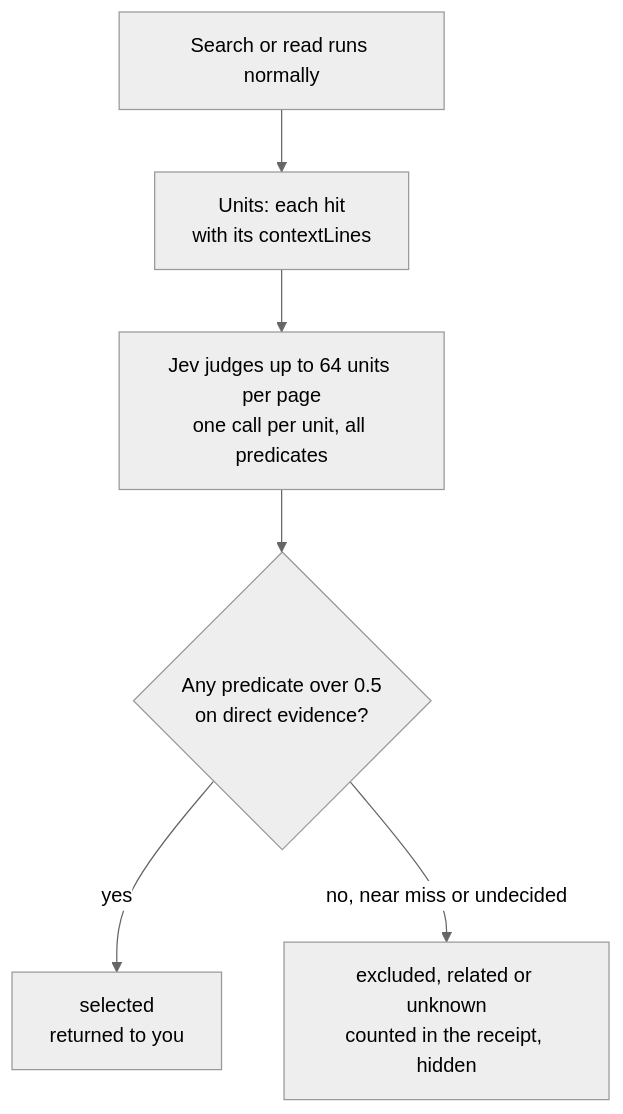
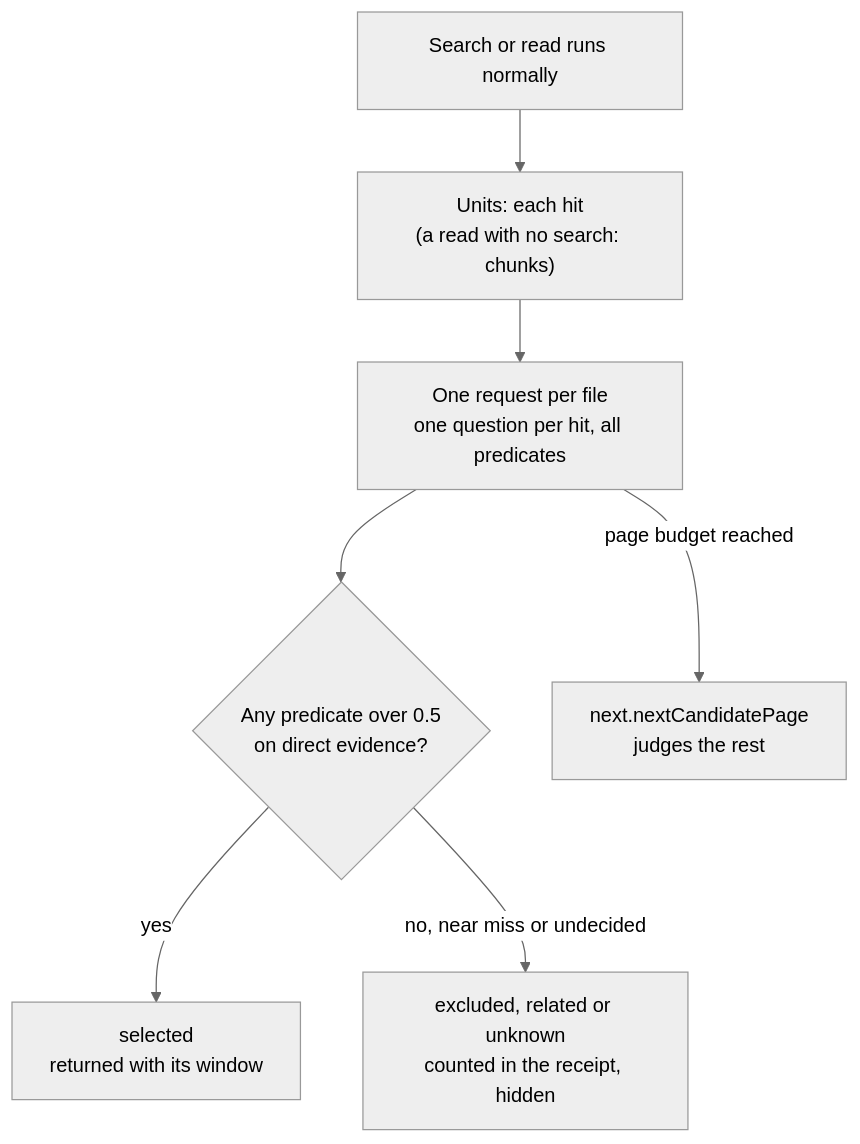
One commit to bgauryy/octocode changed the fourth of 7 diagrams in docs/OCTOCODE_CLASIFY.md. Above: the diagram before and after it, drawn with Mermaid (neutral theme). The commit also changed other lines of this file and 1319 other files, not shown here.

````diff
--- a/docs/OCTOCODE_CLASIFY.md
+++ b/docs/OCTOCODE_CLASIFY.md
@@ -154,10 +156,11 @@
 ```mermaid
 flowchart TD
     accTitle: How inline classification selects hits
-    accDescr: The search or read runs normally. Each hit with its context lines becomes a unit. Jev judges up to 64 units per page with one call per unit. Units with any predicate over 0.5 on direct evidence are returned; near misses, exclusions and undecided units are counted in the receipt but hidden.
-    T["Search or read runs normally"] --> U["Units: each hit<br/>with its contextLines"]
-    U --> J["Jev judges up to 64 units per page<br/>one call per unit, all predicates"]
+    accDescr: The search or read runs normally. Each search hit is a unit; a read with no search is split into chunks. A file's hits share one Jev request, one question per hit, its context lines in the shared state. A hit with any predicate over 0.5 on direct evidence is returned with its window; near misses, exclusions and undecided hits are counted in the receipt but hidden. A page stops at its budget and the next page takes the rest.
+    T["Search or read runs normally"] --> U["Units: each hit<br/>(a read with no search: chunks)"]
+    U --> J["One request per file<br/>one question per hit, all predicates"]
     J --> K{"Any predicate over 0.5<br/>on direct evidence?"}
-    K -- "yes" --> S["selected<br/>returned to you"]
+    K -- "yes" --> S["selected<br/>returned with its window"]
     K -- "no, near miss or undecided" --> H["excluded, related or unknown<br/>counted in the receipt, hidden"]
+    J -- "page budget reached" --> N["next.nextCandidatePage<br/>judges the rest"]
 ```
````
